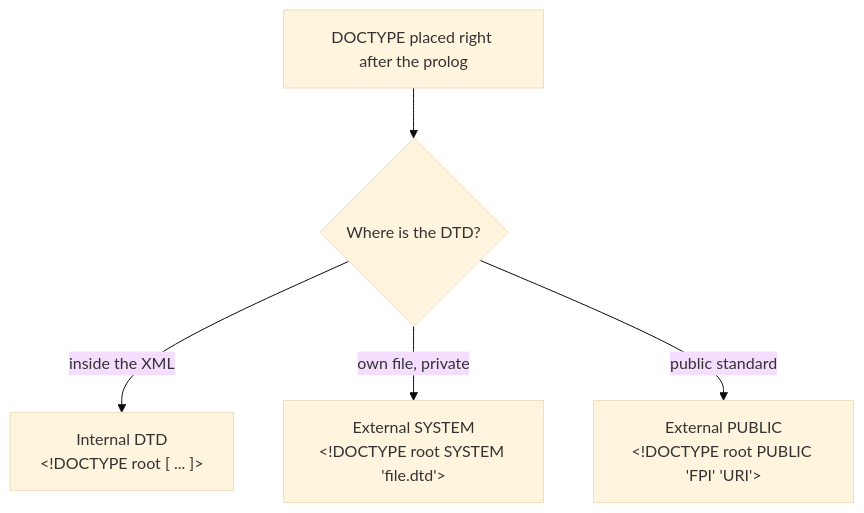
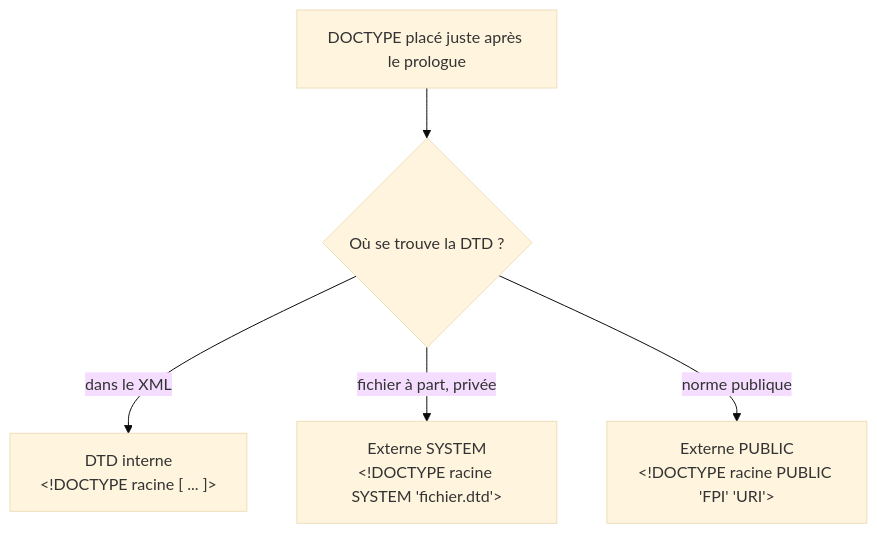
The fifth of 14 diagrams in SOA/XML_Technologies_Study_Guide.md (ghaithsoltani/my-courses), drawn with Mermaid (base theme) before and after one commit. The commit also changed other lines of this file and 9 other files, not shown here.

````diff
--- a/SOA/XML_Technologies_Study_Guide.md
+++ b/SOA/XML_Technologies_Study_Guide.md
@@ -266,7 +266,7 @@
 ```mermaid
 flowchart TD
-    A[DOCTYPE placed right after the prolog] --> B{Where is the DTD?}
-    B -->|inside the XML| C["Internal DTD<br/>&lt;!DOCTYPE root [ ... ]&gt;"]
-    B -->|own file, private| D["External SYSTEM<br/>&lt;!DOCTYPE root SYSTEM 'file.dtd'&gt;"]
-    B -->|public standard| E["External PUBLIC<br/>&lt;!DOCTYPE root PUBLIC 'FPI' 'URI'&gt;"]
+    A[DOCTYPE placé juste après le prologue] --> B{Où se trouve la DTD ?}
+    B -->|dans le XML| C["DTD interne<br/>&lt;!DOCTYPE racine [ ... ]&gt;"]
+    B -->|fichier à part, privée| D["Externe SYSTEM<br/>&lt;!DOCTYPE racine SYSTEM 'fichier.dtd'&gt;"]
+    B -->|norme publique| E["Externe PUBLIC<br/>&lt;!DOCTYPE racine PUBLIC 'FPI' 'URI'&gt;"]
 ```
````
